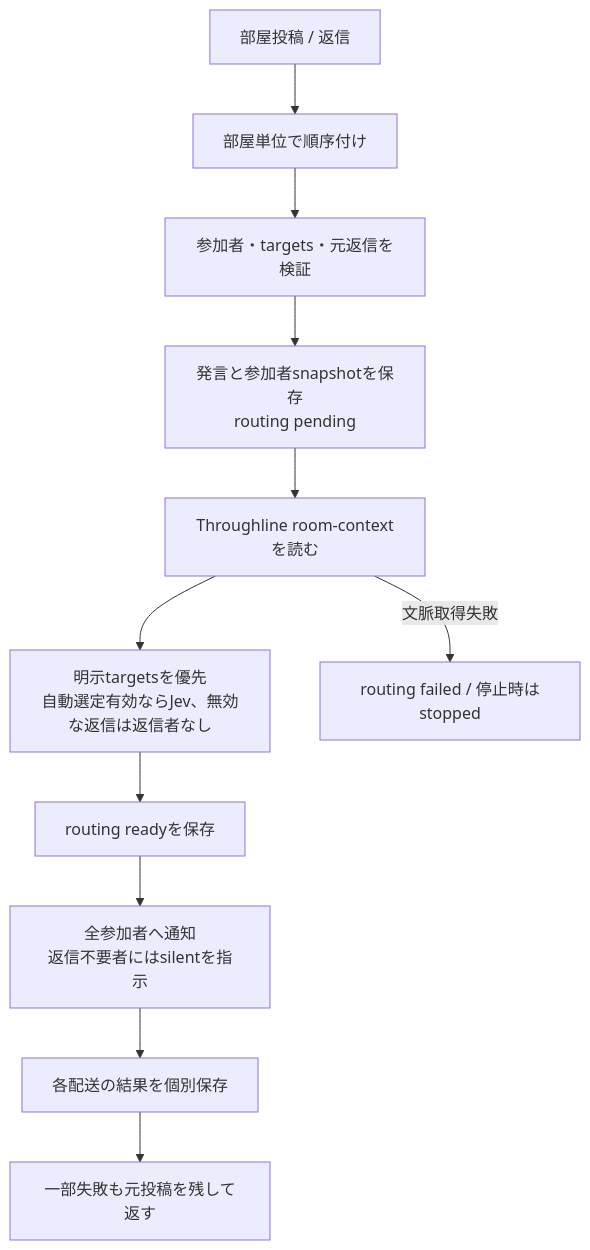
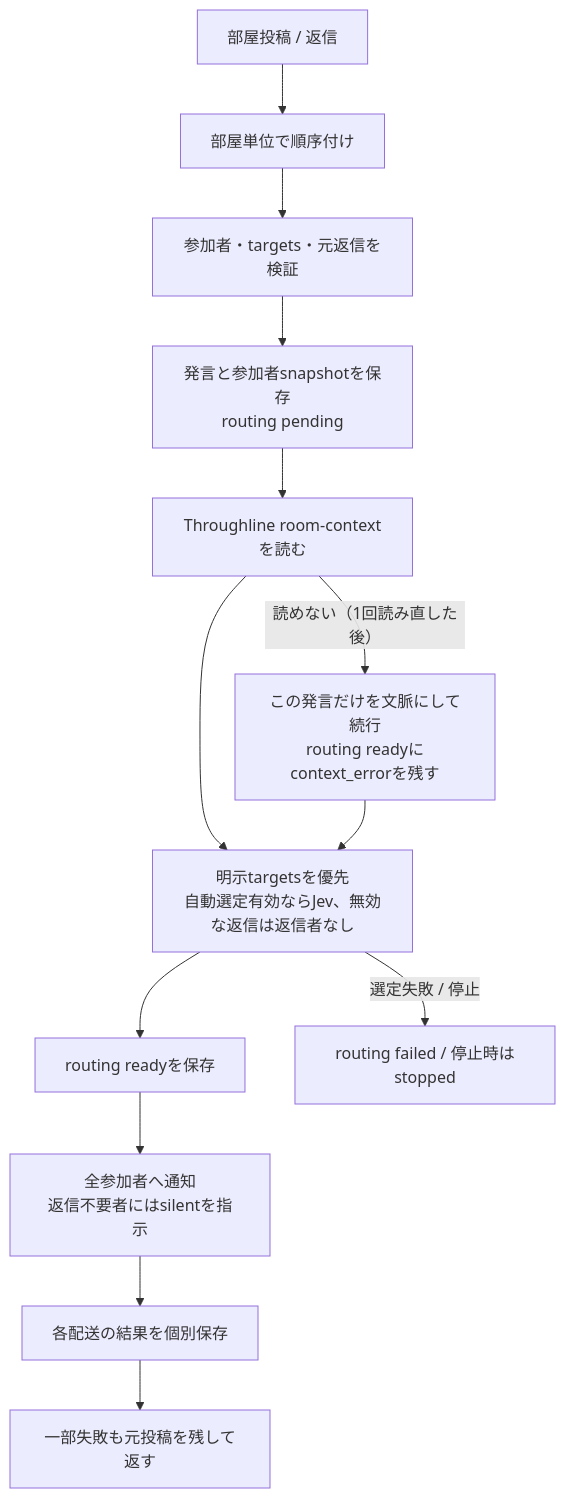
The fifth of 6 diagrams in docs/architecture/modules/conversation/delivery.md (kitepon/BellTeam), drawn with Mermaid before and after one commit. The commit also changed other lines of this file and 4 other files, not shown here.

````diff
--- a/docs/architecture/modules/conversation/delivery.md
+++ b/docs/architecture/modules/conversation/delivery.md
@@ -108,13 +108,15 @@
 ```mermaid
 flowchart TD
   Post["部屋投稿 / 返信"] --> Serial["部屋単位で順序付け"]
   Serial --> Check["参加者・targets・元返信を検証"]
   Check --> Save["発言と参加者snapshotを保存<br/>routing pending"]
   Save --> Context["Throughline room-contextを読む"]
   Context --> Routing["明示targetsを優先<br/>自動選定有効ならJev、無効な返信は返信者なし"]
   Routing --> Ready["routing readyを保存"]
   Ready --> Notify["全参加者へ通知<br/>返信不要者にはsilentを指示"]
   Notify --> Results["各配送の結果を個別保存"]
   Results --> Return["一部失敗も元投稿を残して返す"]
-  Context -->|"文脈取得失敗"| Failed["routing failed / 停止時はstopped"]
+  Context -->|"読めない（1回読み直した後）"| Alone["この発言だけを文脈にして続行<br/>routing readyにcontext_errorを残す"]
+  Alone --> Routing
+  Routing -->|"選定失敗 / 停止"| Failed["routing failed / 停止時はstopped"]
 ```
````
